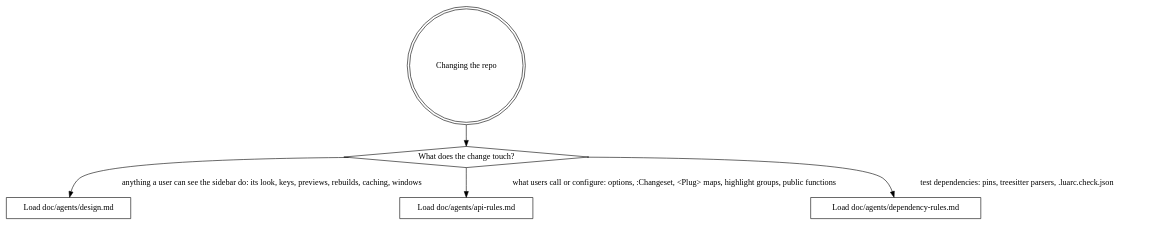
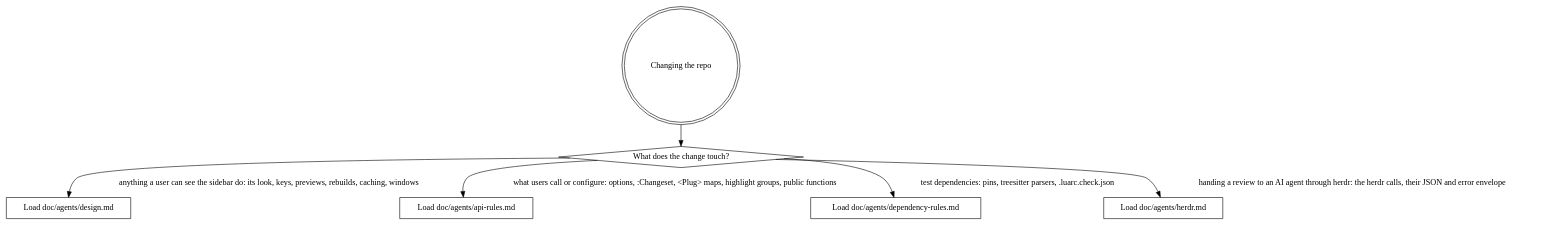
Before and after one commit to macintacos/changeset.nvim: the diagram in AGENTS.md, drawn with Graphviz. The commit also changed other lines of this file and 129 other files, not shown here.

Commit message:
Keep review comments locally and send the review to an agent through herdr (#34)

````diff
--- a/AGENTS.md
+++ b/AGENTS.md
@@ -71,13 +67,14 @@
 ```graphviz
 digraph rules_router {
     node [shape=box];
 
     "Changing the repo" [shape=doublecircle];
     "What does the change touch?" [shape=diamond];
 
     "Changing the repo" -> "What does the change touch?";
     "What does the change touch?" -> "Load doc/agents/design.md" [label="anything a user can see the sidebar do: its look, keys, previews, rebuilds, caching, windows"];
     "What does the change touch?" -> "Load doc/agents/api-rules.md" [label="what users call or configure: options, :Changeset, <Plug> maps, highlight groups, public functions"];
     "What does the change touch?" -> "Load doc/agents/dependency-rules.md" [label="test dependencies: pins, treesitter parsers, .luarc.check.json"];
+    "What does the change touch?" -> "Load doc/agents/herdr.md" [label="handing a review to an AI agent through herdr: the herdr calls, their JSON and error envelope"];
 }
 ```
````
